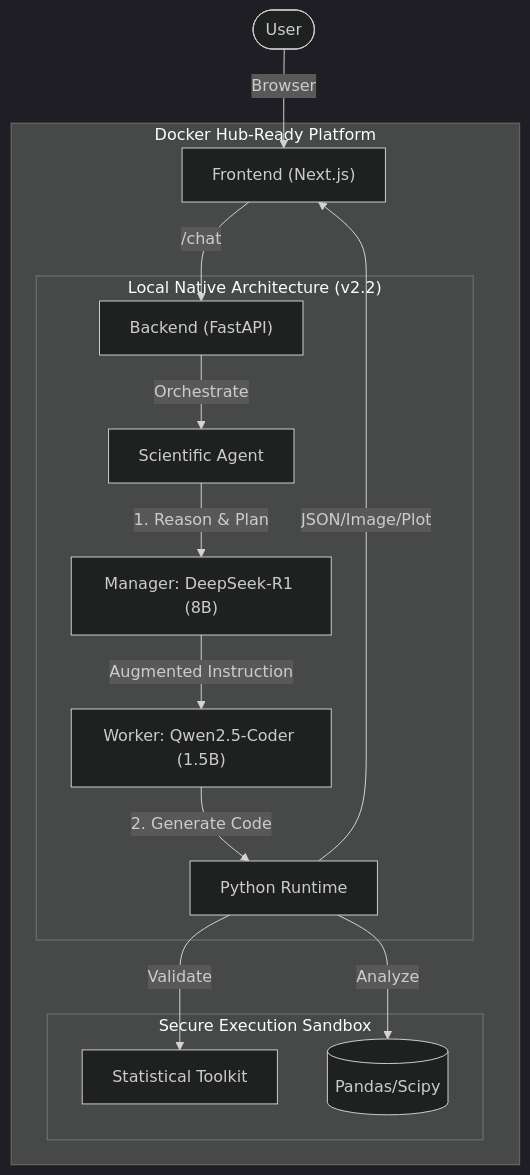
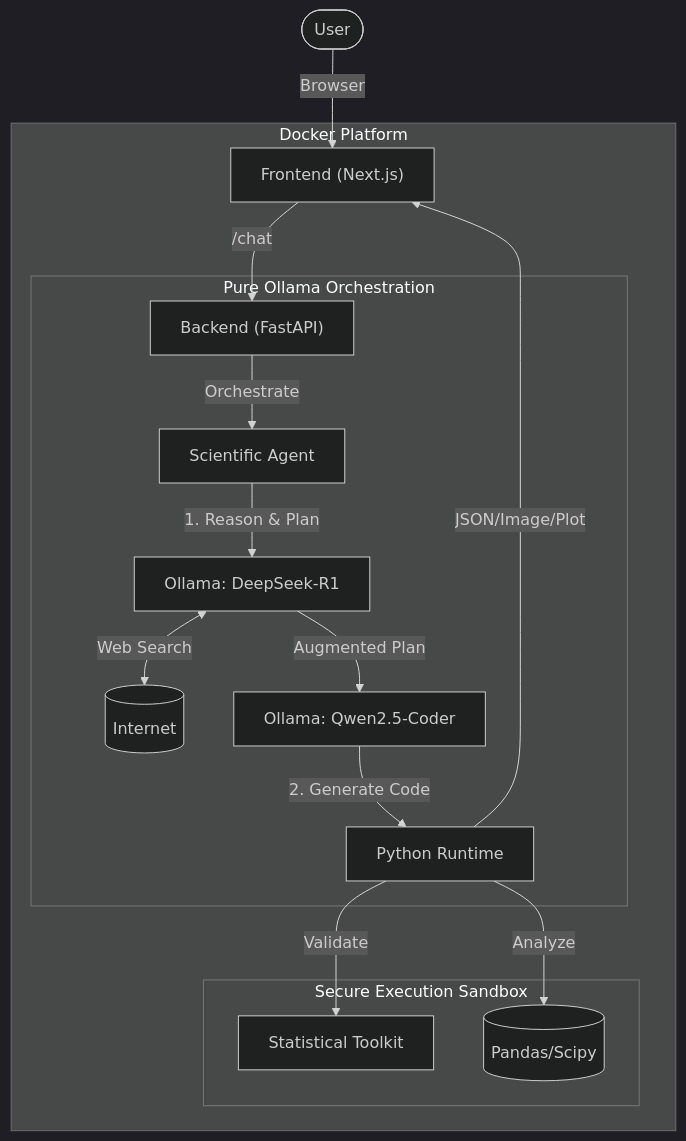
Before and after one commit to Aniket-a14/Wizard-w1: the diagram in Readme.md, drawn with Mermaid (dark theme). The commit also changed other lines of this file and 320 other files, not shown here.

Commit message:
feat: Implement initial AI agent backend with web search and sandbox tools, and a new frontend chat interface.

````diff
--- a/Readme.md
+++ b/Readme.md
@@ -96,22 +67,23 @@
 ```mermaid
 graph TD
     User([User]) -->|Browser| FE["Frontend (Next.js)"]
     
-    subgraph "Docker Hub-Ready Platform"
+    subgraph "Docker Platform"
         FE -->|/chat| API["Backend (FastAPI)"]
         
-        subgraph "Local Native Architecture (v2.2)"
+        subgraph "Pure Ollama Orchestration"
             API -->|Orchestrate| SA[Scientific Agent]
-            SA -->|1. Reason & Plan| Manager["Manager: DeepSeek-R1 (8B)"]
-            Manager -->|Augmented Instruction| Worker["Worker: Qwen2.5-Coder (1.5B)"]
+            SA -->|1. Reason & Plan| Manager["Ollama: DeepSeek-R1"]
+            Manager <-->|Web Search| Web[(Internet)]
+            Manager -->|Augmented Plan| Worker["Ollama: Qwen2.5-Coder"]
             Worker -->|2. Generate Code| Code[Python Runtime]
         end
         
         subgraph "Secure Execution Sandbox"
             Code -->|Validate| Stats[Statistical Toolkit]
             Code -->|Analyze| DF[(Pandas/Scipy)]
         end
     end
     
     Code -->|JSON/Image/Plot| FE
 ```
````
